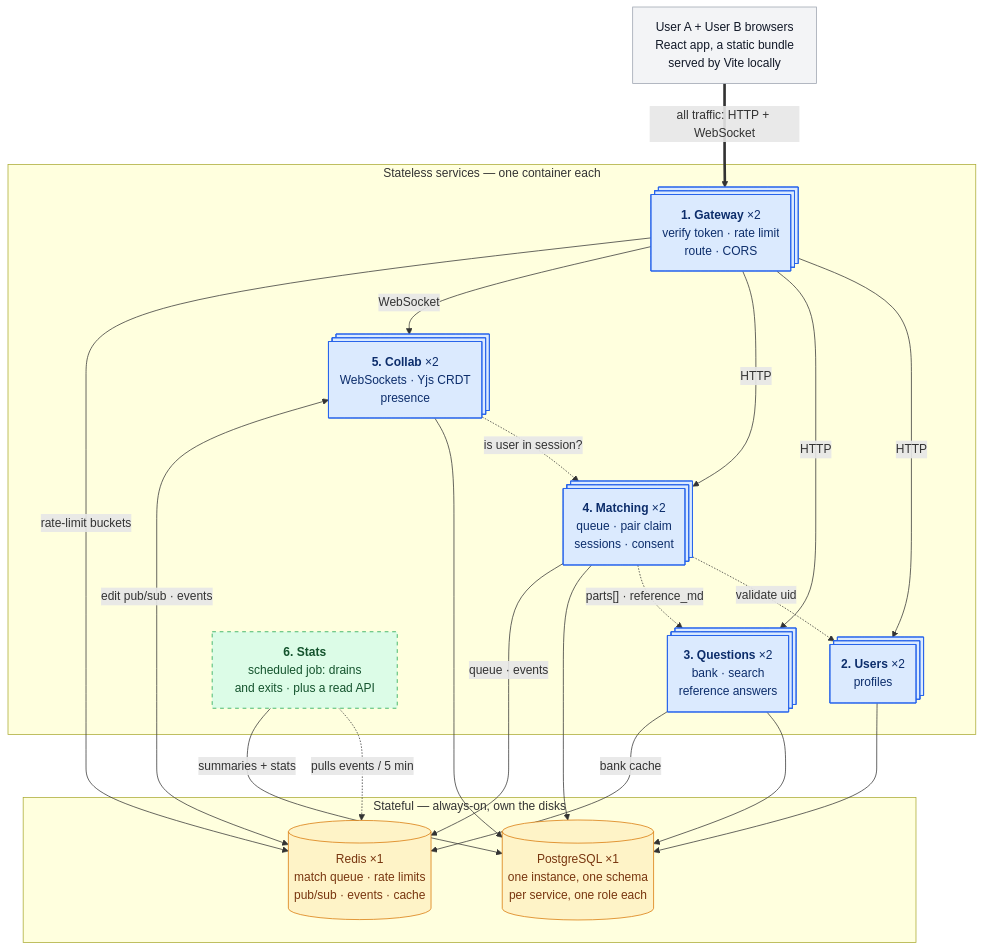
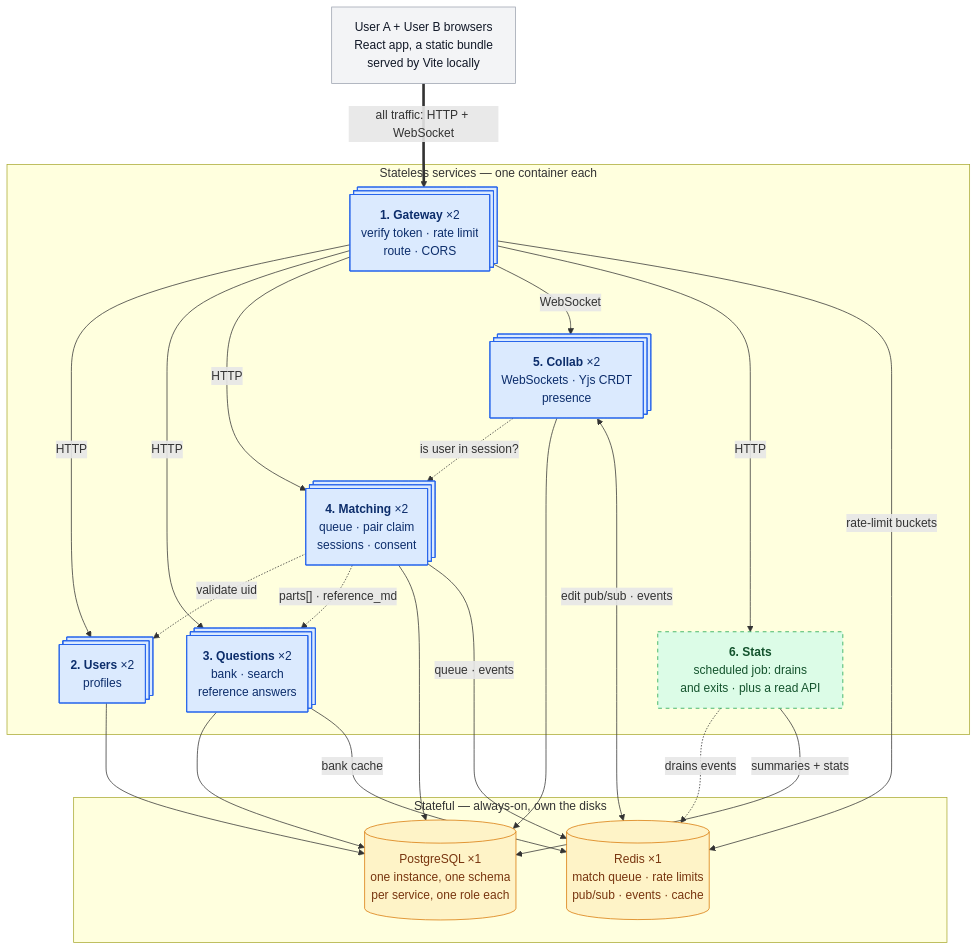
One commit to Wnayar/deepcs changed the diagram in docs/system/00-overview.md. Above: the diagram before and after it, drawn with Mermaid. The commit also changed other lines of this file and 1 other file, not shown here.

````diff
--- a/docs/system/00-overview.md
+++ b/docs/system/00-overview.md
@@ -106,48 +64,49 @@
 ```mermaid
 %%{init: {"flowchart": {"nodeSpacing": 45, "rankSpacing": 60}}}%%
 flowchart TD
     U["User A + User B browsers<br/>React app, a static bundle<br/>served by Vite locally"]
 
     U ==>|"all traffic: HTTP + WebSocket"| GW
 
     subgraph RUN["Stateless services — one container each"]
         GW@{ shape: procs, label: "<b>1. Gateway</b> ×2<br/>verify token · rate limit<br/>route · CORS" }
         USR@{ shape: procs, label: "<b>2. Users</b> ×2<br/>profiles" }
         QST@{ shape: procs, label: "<b>3. Questions</b> ×2<br/>bank · search<br/>reference answers" }
         MCH@{ shape: procs, label: "<b>4. Matching</b> ×2<br/>queue · pair claim<br/>sessions · consent" }
         COL@{ shape: procs, label: "<b>5. Collab</b> ×2<br/>WebSockets · Yjs CRDT<br/>presence" }
         STA["<b>6. Stats</b><br/>scheduled job: drains<br/>and exits · plus a read API"]
     end
 
     subgraph DATA["Stateful — always-on, own the disks"]
         PG[("PostgreSQL ×1<br/>one instance, one schema<br/>per service, one role each")]
         RD[("Redis ×1<br/>match queue · rate limits<br/>pub/sub · events · cache")]
     end
 
     GW -->|HTTP| USR
     GW -->|HTTP| QST
     GW -->|HTTP| MCH
     GW -->|WebSocket| COL
+    GW -->|HTTP| STA
     GW -->|"rate-limit buckets"| RD
     MCH -.->|"validate uid"| USR
     MCH -.->|"parts[] · reference_md"| QST
     COL -.->|"is user in session?"| MCH
     USR --> PG
     QST --> PG
     MCH --> PG
     COL --> PG
     QST -->|"bank cache"| RD
     MCH -->|"queue · events"| RD
     COL <-->|"edit pub/sub · events"| RD
-    STA -.->|"pulls events / 5 min"| RD
+    STA -.->|"drains events"| RD
     STA -->|"summaries + stats"| PG
 
     classDef client fill:#f3f4f6,stroke:#9ca3af,color:#111827
     classDef ephemeral fill:#dbeafe,stroke:#2563eb,color:#0c2d6b
     classDef scheduled fill:#dcfce7,stroke:#16a34a,color:#14532d,stroke-dasharray: 5 5
     classDef stateful fill:#fef3c7,stroke:#d97706,color:#78350f
     class U client
     class GW,USR,QST,MCH,COL ephemeral
     class STA scheduled
     class PG,RD stateful
 ```
````
